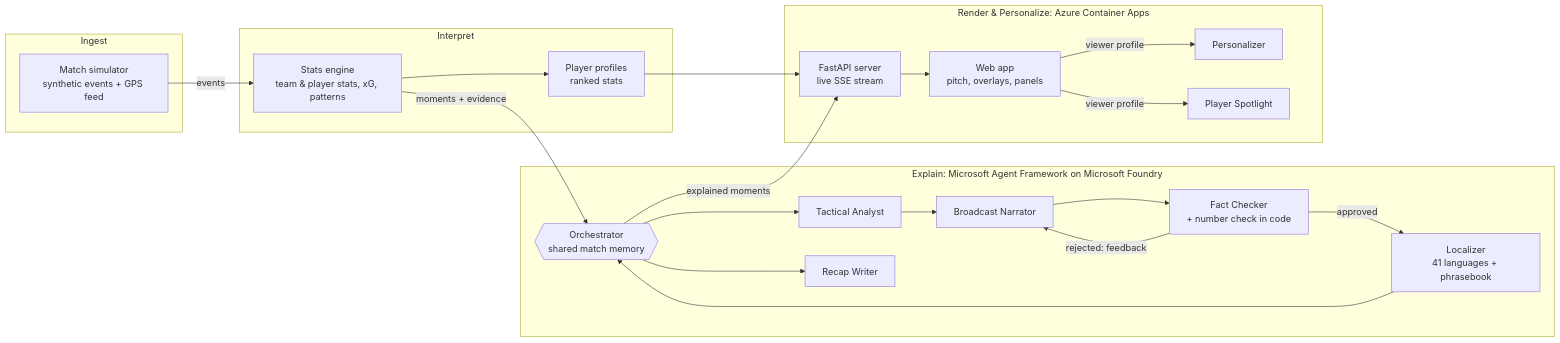
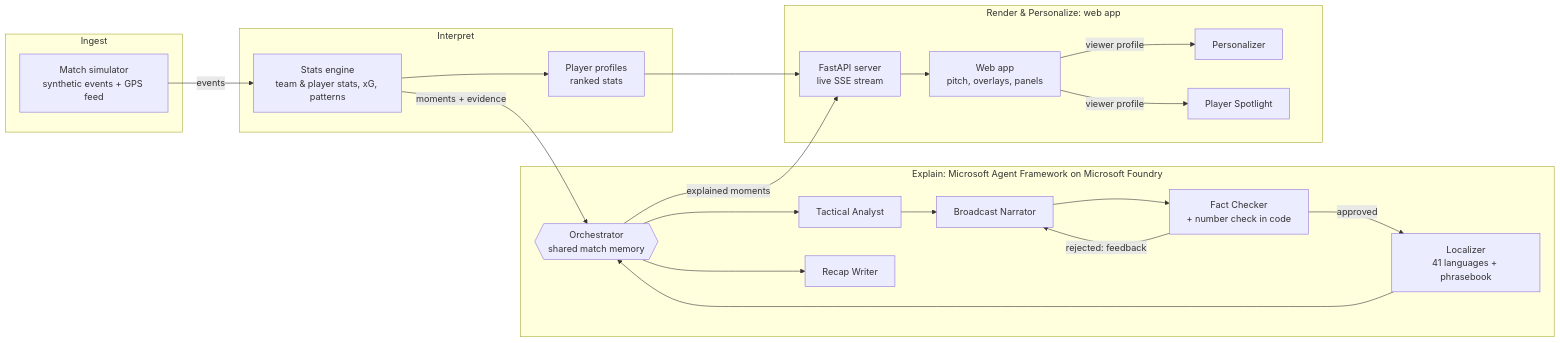
Before and after one commit to Latchkeykid17/soccer-match-intelligence: the diagram in README.md, drawn with Mermaid. The commit also changed other lines of this file and 20 other files, not shown here.

````diff
--- a/README.md
+++ b/README.md
@@ -29,33 +29,33 @@
 ```mermaid
 flowchart LR
     subgraph Ingest
         SIM[Match simulator<br/>synthetic events + GPS feed]
     end
     subgraph Interpret
         ENG[Stats engine<br/>team & player stats, xG, patterns]
         PS[Player profiles<br/>ranked stats]
     end
     subgraph Explain["Explain: Microsoft Agent Framework on Microsoft Foundry"]
         ORC{{Orchestrator<br/>shared match memory}}
         AN[Tactical Analyst]
         NA[Broadcast Narrator]
         FC[Fact Checker<br/>+ number check in code]
         LO[Localizer<br/>41 languages + phrasebook]
         RE[Recap Writer]
     end
-    subgraph Render["Render & Personalize: Azure Container Apps"]
+    subgraph Render["Render & Personalize: web app"]
         API[FastAPI server<br/>live SSE stream]
         UI[Web app<br/>pitch, overlays, panels]
         PE[Personalizer]
         SP[Player Spotlight]
     end
     SIM -->|events| ENG --> PS
     ENG -->|moments + evidence| ORC
     ORC --> AN --> NA --> FC
     FC -->|rejected: feedback| NA
     FC -->|approved| LO --> ORC
     ORC --> RE
     ORC -->|explained moments| API --> UI
     UI -->|viewer profile| PE & SP
     PS --> API
 ```
````
